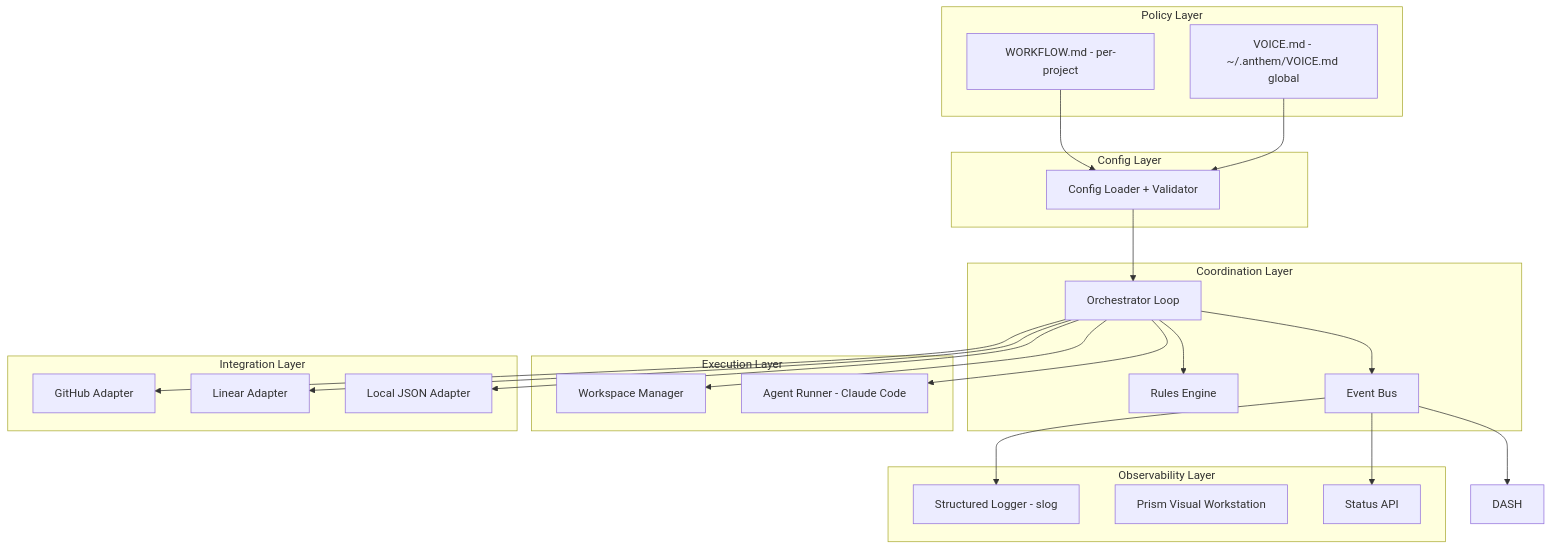
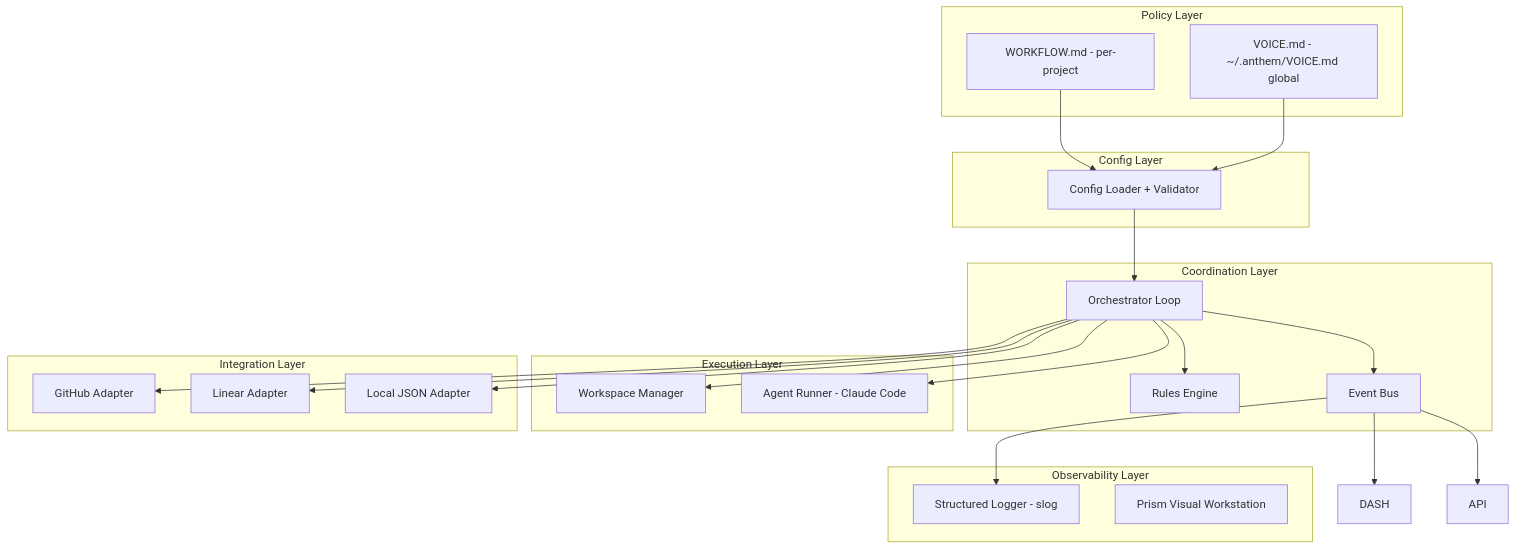
The first of 3 diagrams in docs/plans/architecture.md (rauriemo/anthem), drawn with Mermaid before and after one commit. The commit also changed other lines of this file and 4 other files, not shown here.

First line of the commit message:
cleanup: remove status API stubs and anthem status command

````diff
--- a/docs/plans/architecture.md
+++ b/docs/plans/architecture.md
@@ -34,43 +34,42 @@
 ```mermaid
 graph TD
   subgraph policy [Policy Layer]
     WF["WORKFLOW.md - per-project"]
     VOICE["VOICE.md - ~/.anthem/VOICE.md global"]
   end
   subgraph config [Config Layer]
     CFG["Config Loader + Validator"]
   end
   subgraph coordination [Coordination Layer]
     ORCH["Orchestrator Loop"]
     RULES["Rules Engine"]
     EVENTS["Event Bus"]
   end
   subgraph execution [Execution Layer]
     WS["Workspace Manager"]
     AGENT["Agent Runner - Claude Code"]
   end
   subgraph integration [Integration Layer]
     GH["GitHub Adapter"]
     LIN["Linear Adapter"]
     JSON["Local JSON Adapter"]
   end
   subgraph observability [Observability Layer]
     LOG["Structured Logger - slog"]
     PRISM["Prism Visual Workstation"]
-    API["Status API"]
   end
 
   WF --> CFG
   VOICE --> CFG
   CFG --> ORCH
   ORCH --> RULES
   ORCH --> WS
   ORCH --> AGENT
   ORCH --> GH
   ORCH --> LIN
   ORCH --> JSON
   ORCH --> EVENTS
   EVENTS --> LOG
   EVENTS --> DASH
   EVENTS --> API
 ```
````
